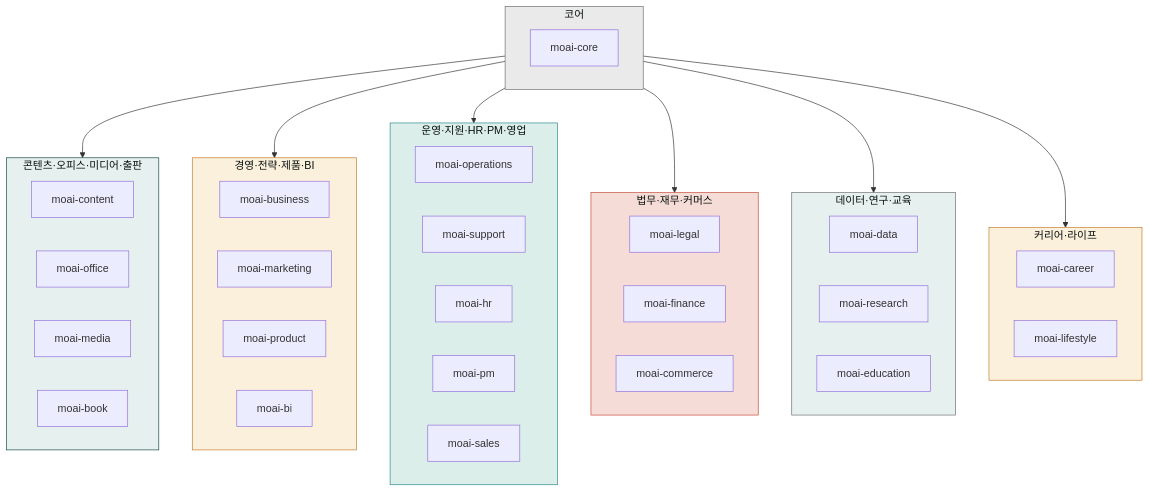
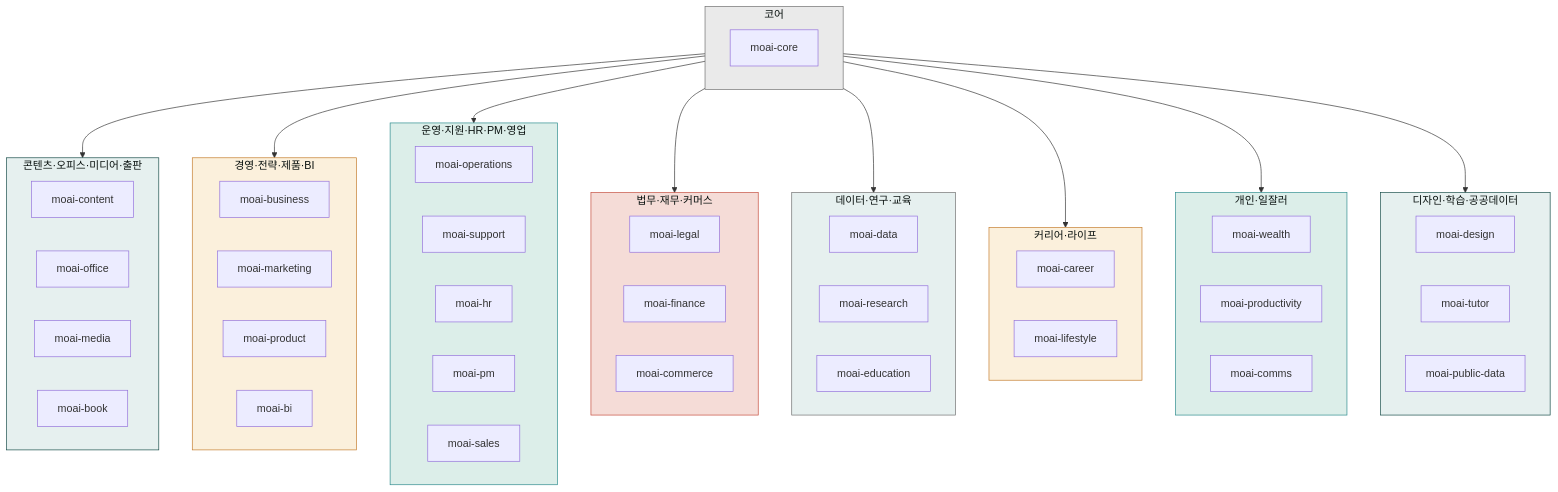
Before and after one commit to modu-ai/claude: the diagram in content/plugins/_index.md, drawn with Mermaid.

Commit message:
docs: v2.20.0 후속 정합 — README 카운트 정정 + 카탈로그 다이어그램 28 플러그인
배포 전 점검에서 발견한 미갱신 2건 정정.

- README 기술특징: 173개 → 176개 스킬, frontmatter version 2.19.0 → 2.20.0
  (v2.20.0 릴리스 시 누락된 현재상태 카운트)
- docs-site 카탈로그 mermaid 다이어그램에 누락 6 플러그인 추가 (22 → 28 전체):
  moai-wealth·productivity·comms(개인·일잘러) + moai-design·tutor·public-data

🗿 MoAI <email@mo.ai.kr>

````diff
--- a/content/plugins/_index.md
+++ b/content/plugins/_index.md
@@ -13,54 +13,68 @@
 ```mermaid
 flowchart TD
     subgraph Core["코어"]
         MC[moai-core]
     end
     subgraph Content["콘텐츠·오피스·미디어·출판"]
         MN[moai-content]
         MO[moai-office]
         MM[moai-media]
         MBK[moai-book]
     end
     subgraph Biz["경영·전략·제품·BI"]
         MB[moai-business]
         MK[moai-marketing]
         MP[moai-product]
         MBI[moai-bi]
     end
     subgraph Ops["운영·지원·HR·PM·영업"]
         MO2[moai-operations]
         MS[moai-support]
         MH[moai-hr]
         MPM[moai-pm]
         MSL[moai-sales]
     end
     subgraph Legal["법무·재무·커머스"]
         ML[moai-legal]
         MF[moai-finance]
         MCM[moai-commerce]
     end
     subgraph Data["데이터·연구·교육"]
         MD[moai-data]
         MR[moai-research]
         ME[moai-education]
     end
     subgraph Life["커리어·라이프"]
         MCA[moai-career]
         ML2[moai-lifestyle]
     end
+    subgraph Personal["개인·일잘러"]
+        MW[moai-wealth]
+        MPR[moai-productivity]
+        MCO[moai-comms]
+    end
+    subgraph Extra["디자인·학습·공공데이터"]
+        MDS[moai-design]
+        MTU[moai-tutor]
+        MPD[moai-public-data]
+    end
 
     Core --> Content
     Core --> Biz
     Core --> Ops
     Core --> Legal
     Core --> Data
     Core --> Life
+    Core --> Personal
+    Core --> Extra
 
     style Core fill:#eaeaea,stroke:#6e6e6e,color:#09110f
     style Content fill:#e6f0ef,stroke:#144a46,color:#09110f
     style Biz fill:#fbf0dc,stroke:#c47b2a,color:#09110f
     style Ops fill:#dceee9,stroke:#2a8a8c,color:#09110f
     style Legal fill:#f5dcd7,stroke:#c44a3a,color:#09110f
     style Data fill:#e6f0ef,stroke:#6e6e6e,color:#09110f
     style Life fill:#fbf0dc,stroke:#c47b2a,color:#09110f
+    style Personal fill:#dceee9,stroke:#2a8a8c,color:#09110f
+    style Extra fill:#e6f0ef,stroke:#144a46,color:#09110f
 ```
````
